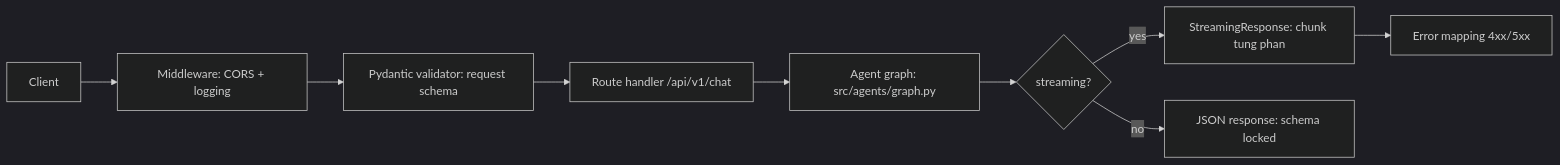
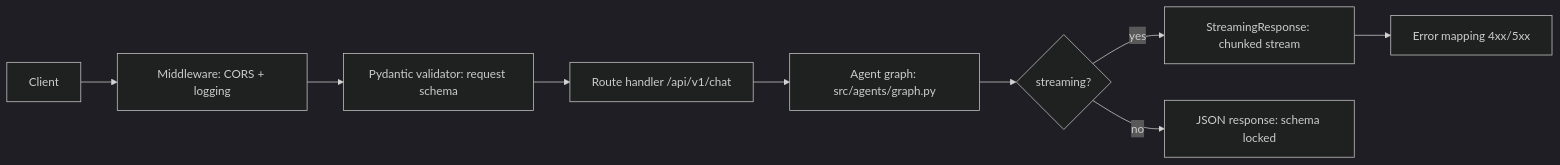
Before and after one commit to Dokhacgiakhoa/Project-Builder-4-Agents: the diagram in knowledge-base/technical-book/chapter-08.md, drawn with Mermaid (dark theme). The commit also changed other lines of this file and 62 other files, not shown here.

````diff
--- a/knowledge-base/technical-book/chapter-08.md
+++ b/knowledge-base/technical-book/chapter-08.md
@@ -57,11 +57,11 @@
 ```mermaid
 flowchart LR
     C[Client] --> MW[Middleware: CORS + logging]
     MW --> V[Pydantic validator: request schema]
     V --> R["Route handler /api/v1/chat"]
     R --> AG["Agent graph: src/agents/graph.py"]
     AG --> SS{streaming?}
-    SS -->|yes| ST[StreamingResponse: chunk tung phan]
+    SS -->|yes| ST[StreamingResponse: chunked stream]
     SS -->|no| JSON[JSON response: schema locked]
     ST --> E["Error mapping 4xx/5xx"]
 ```
````
